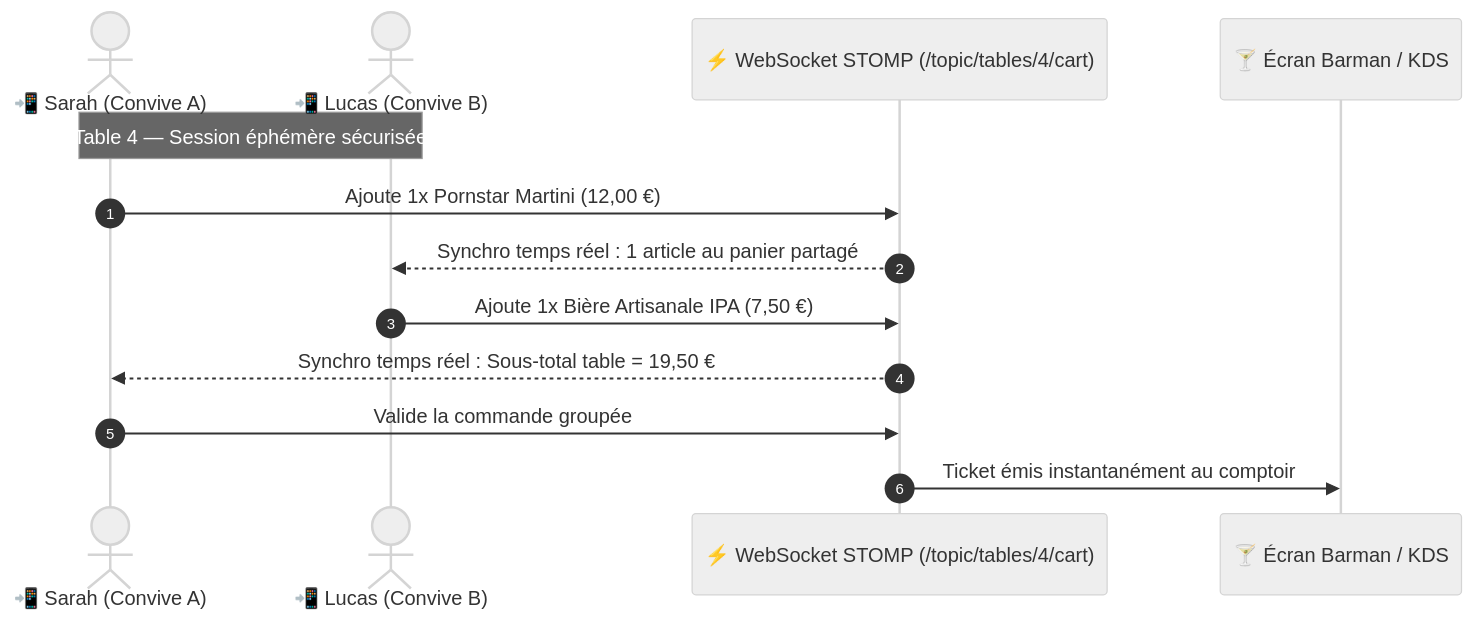
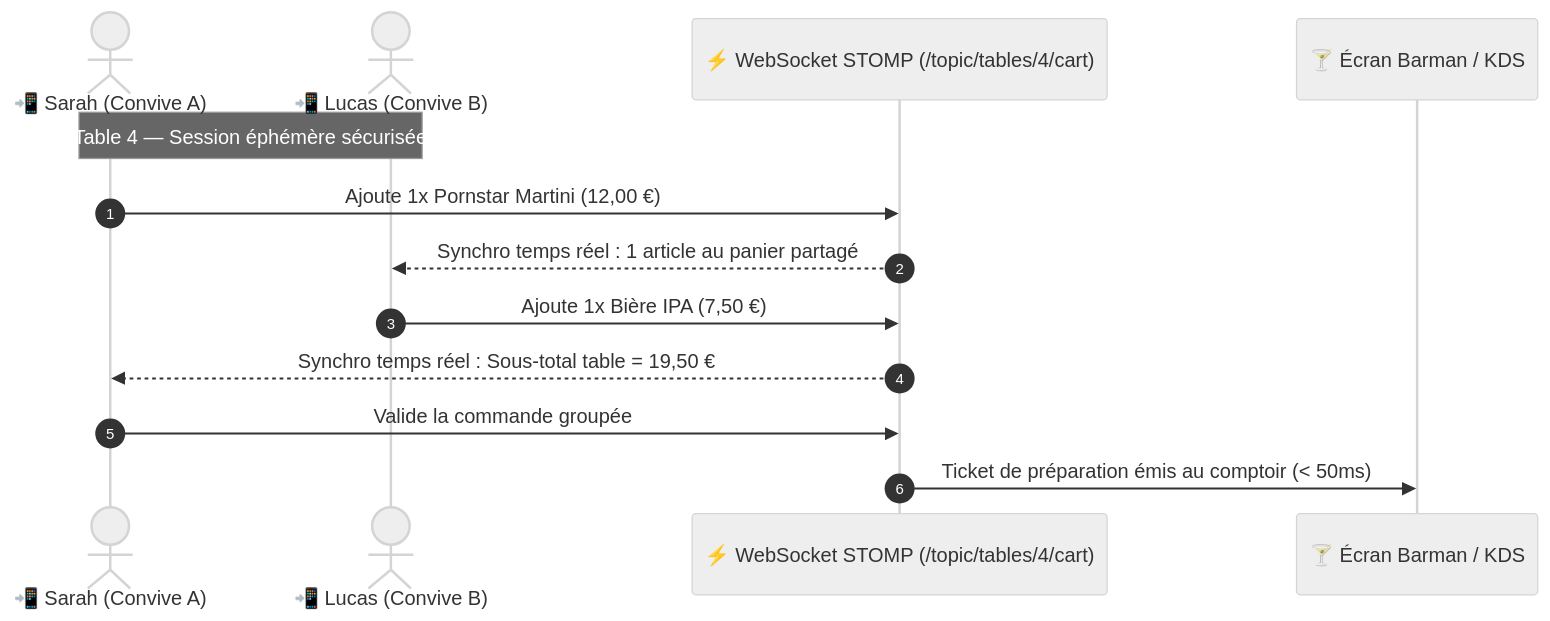
Before and after one commit to FunWarry/Open-Bar: the fourth of 5 diagrams in README.md, drawn with Mermaid (neutral theme). The commit also changed other lines of this file and 8 other files, not shown here.

````diff
--- a/README.md
+++ b/README.md
@@ -205,16 +222,16 @@
 ```mermaid
 sequenceDiagram
     autonumber
     actor Sarah as 📲 Sarah (Convive A)
     actor Lucas as 📲 Lucas (Convive B)
     participant STOMP as ⚡ WebSocket STOMP (/topic/tables/4/cart)
     participant Bar as 🍸 Écran Barman / KDS
 
     Note over Sarah,Lucas: Table 4 — Session éphémère sécurisée
     Sarah->>STOMP: Ajoute 1x Pornstar Martini (12,00 €)
     STOMP-->>Lucas: Synchro temps réel : 1 article au panier partagé
-    Lucas->>STOMP: Ajoute 1x Bière Artisanale IPA (7,50 €)
+    Lucas->>STOMP: Ajoute 1x Bière IPA (7,50 €)
     STOMP-->>Sarah: Synchro temps réel : Sous-total table = 19,50 €
     Sarah->>STOMP: Valide la commande groupée
-    STOMP->>Bar: Ticket émis instantanément au comptoir
+    STOMP->>Bar: Ticket de préparation émis au comptoir (< 50ms)
 ```
````
